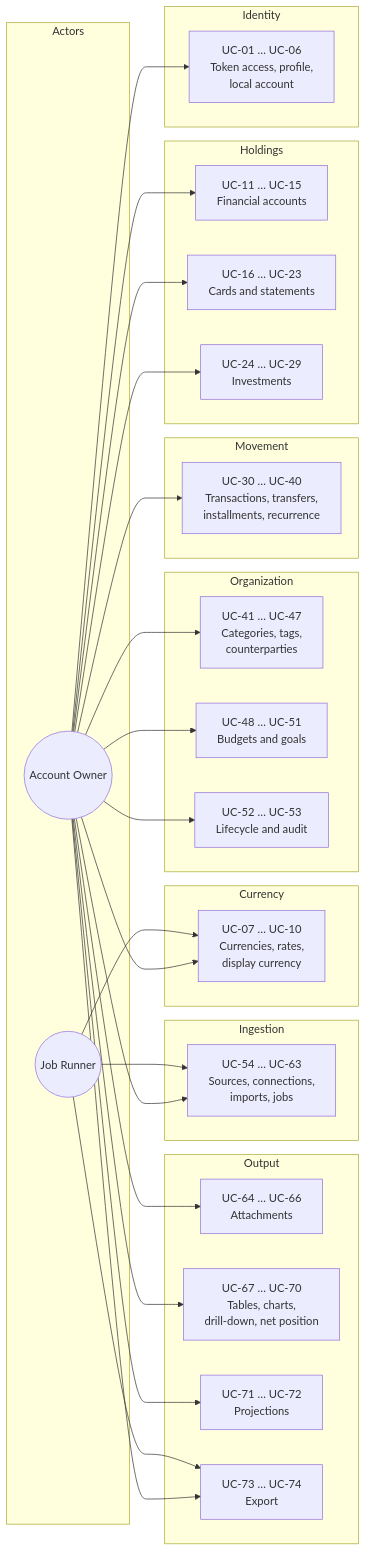
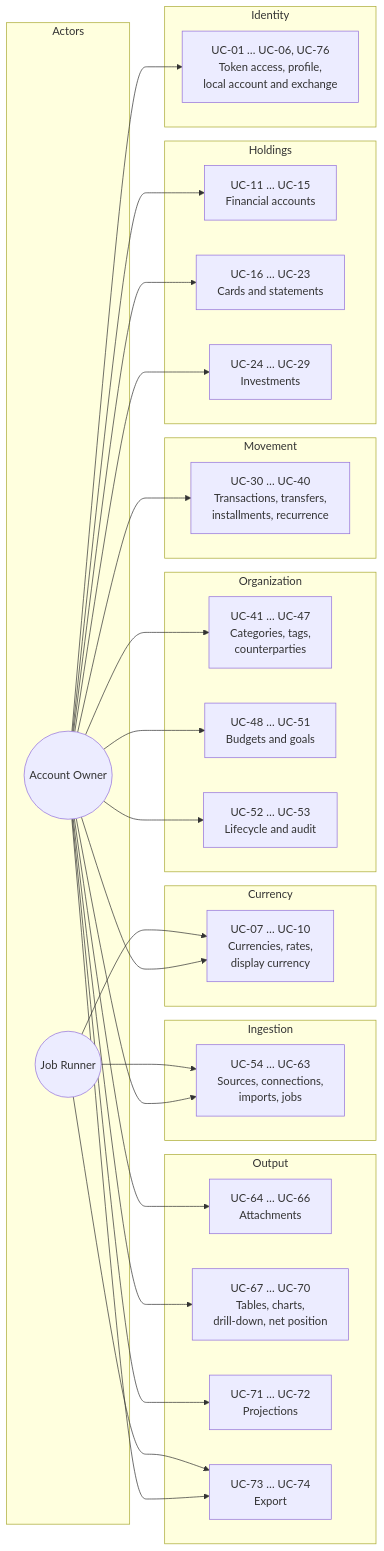
The first of 7 diagrams in docs/requirements/Use Case Specification Document.md (artur-rios/fortuna-api), drawn with Mermaid before and after one commit. The commit also changed other lines of this file and 30 other files, not shown here.

````diff
--- a/docs/requirements/Use Case Specification Document.md
+++ b/docs/requirements/Use Case Specification Document.md
@@ -41,60 +42,60 @@
 ```mermaid
 graph LR
     subgraph Actors
         OWNER(("Account Owner"))
         RUNNER(("Job Runner"))
     end
 
     subgraph Identity
-        UC01[UC-01 … UC-06<br/>Token access, profile,<br/>local account]
+        UC01[UC-01 … UC-06, UC-76<br/>Token access, profile,<br/>local account and exchange]
     end
 
     subgraph Currency
         UC07[UC-07 … UC-10<br/>Currencies, rates,<br/>display currency]
     end
 
     subgraph Holdings
         UC11[UC-11 … UC-15<br/>Financial accounts]
         UC16[UC-16 … UC-23<br/>Cards and statements]
         UC24[UC-24 … UC-29<br/>Investments]
     end
 
     subgraph Movement
         UC30[UC-30 … UC-40<br/>Transactions, transfers,<br/>installments, recurrence]
     end
 
     subgraph Organization
         UC41[UC-41 … UC-47<br/>Categories, tags,<br/>counterparties]
         UC48[UC-48 … UC-51<br/>Budgets and goals]
         UC52[UC-52 … UC-53<br/>Lifecycle and audit]
     end
 
     subgraph Ingestion
         UC54[UC-54 … UC-63<br/>Sources, connections,<br/>imports, jobs]
     end
 
     subgraph Output
         UC64[UC-64 … UC-66<br/>Attachments]
         UC67[UC-67 … UC-70<br/>Tables, charts,<br/>drill-down, net position]
         UC71[UC-71 … UC-72<br/>Projections]
         UC73[UC-73 … UC-74<br/>Export]
     end
 
     OWNER --> UC01
     OWNER --> UC07
     OWNER --> UC11
     OWNER --> UC16
     OWNER --> UC24
     OWNER --> UC30
     OWNER --> UC41
     OWNER --> UC48
     OWNER --> UC52
     OWNER --> UC54
     OWNER --> UC64
     OWNER --> UC67
     OWNER --> UC71
     OWNER --> UC73
     RUNNER --> UC07
     RUNNER --> UC54
     RUNNER --> UC73
 ```
````
